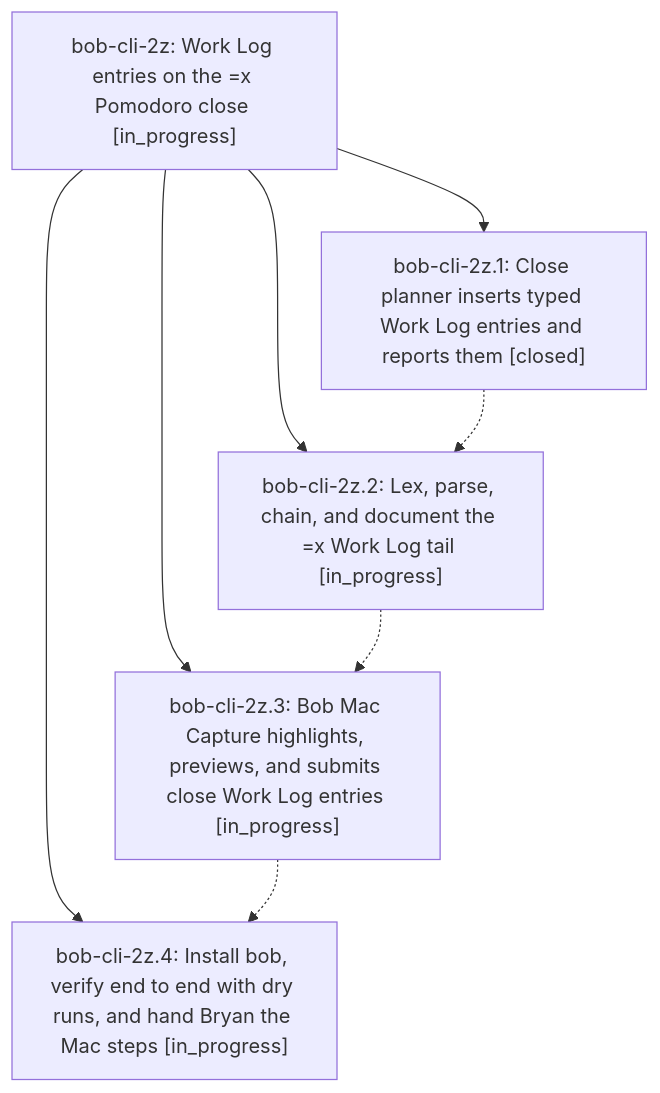
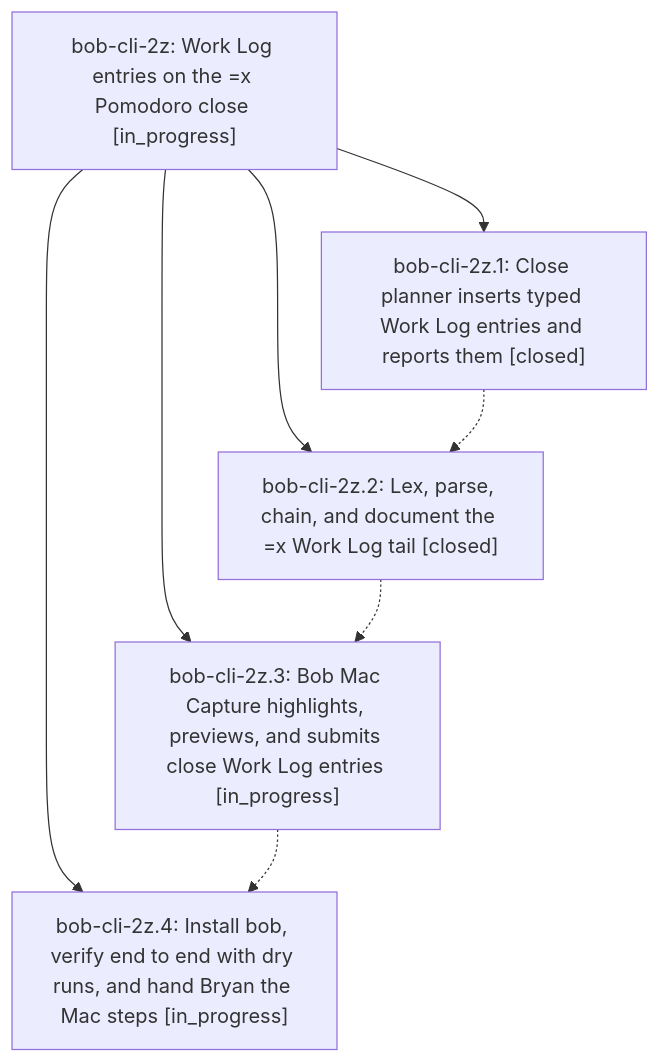
The diagram in pages/bob-cli-2z/README.md (bobs-org/bob-cli--beads), drawn with Mermaid before and after one commit. The commit also changed other lines of this file and 3 other files, not shown here.

First line of the commit message:
chore(beads): sync bead state and pages for bob-cli-2z

````diff
--- a/pages/bob-cli-2z/README.md
+++ b/pages/bob-cli-2z/README.md
@@ -25,15 +25,15 @@
 ```mermaid
 flowchart TD
     n0["bob-cli-2z: Work Log entries on the =x Pomodoro close [in_progress]"]
     n1["bob-cli-2z.1: Close planner inserts typed Work Log entries and reports them [closed]"]
-    n2["bob-cli-2z.2: Lex, parse, chain, and document the =x Work Log tail [in_progress]"]
+    n2["bob-cli-2z.2: Lex, parse, chain, and document the =x Work Log tail [closed]"]
     n3["bob-cli-2z.3: Bob Mac Capture highlights, previews, and submits close Work Log entries [in_progress]"]
     n4["bob-cli-2z.4: Install bob, verify end to end with dry runs, and hand Bryan the Mac steps [in_progress]"]
     n0 --> n1
     n0 --> n2
     n0 --> n3
     n0 --> n4
     n1 -.-> n2
     n2 -.-> n3
     n3 -.-> n4
 ```
````
